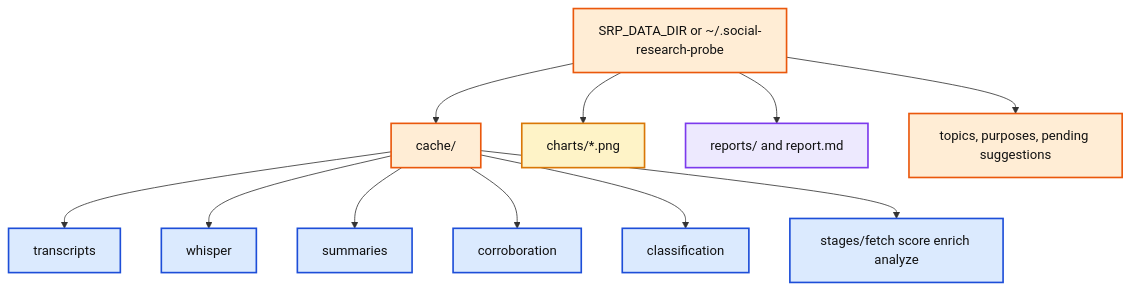
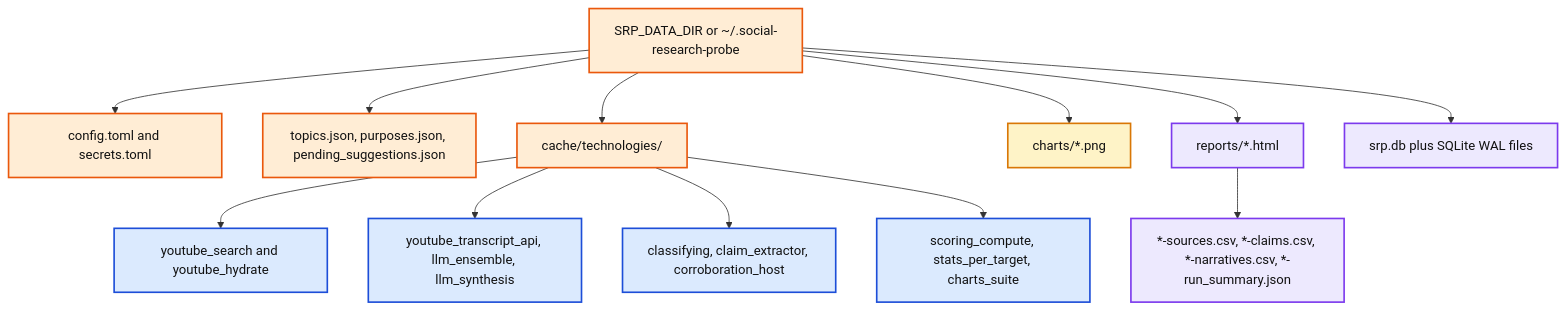
Before and after one commit to reshinto/social-research-probe: the diagram in docs/diagrams/src/cache-layout.mmd, drawn with Mermaid. The commit also changed 49 other files, not shown here.

```diff
--- a/docs/diagrams/src/cache-layout.mmd
+++ b/docs/diagrams/src/cache-layout.mmd
@@ -1,24 +1,25 @@
 %%{init: {"theme":"base","themeVariables":{"background":"#ffffff","mainBkg":"#ffffff","primaryTextColor":"#111111","lineColor":"#333333","fontFamily":"Arial, sans-serif","clusterBkg":"#ffffff","clusterBorder":"#d0d7de"}}}%%
 flowchart TB
-  DataDir["SRP_DATA_DIR or ~/.social-research-probe"] --> Cache["cache/"]
-  Cache --> Transcripts["transcripts"]
-  Cache --> Whisper["whisper"]
-  Cache --> Summaries["summaries"]
-  Cache --> Corroboration["corroboration"]
-  Cache --> Classification["classification"]
-  Cache --> Stages["stages/fetch score enrich analyze"]
+  DataDir["SRP_DATA_DIR or ~/.social-research-probe"] --> Config["config.toml and secrets.toml"]
+  DataDir --> State["topics.json, purposes.json, pending_suggestions.json"]
+  DataDir --> Cache["cache/technologies/"]
+  Cache --> Fetch["youtube_search and youtube_hydrate"]
+  Cache --> Text["youtube_transcript_api, llm_ensemble, llm_synthesis"]
+  Cache --> Evidence["classifying, claim_extractor, corroboration_host"]
+  Cache --> Analysis["scoring_compute, stats_per_target, charts_suite"]
   DataDir --> Charts["charts/*.png"]
-  DataDir --> Reports["reports/ and report.md"]
-  DataDir --> State["topics, purposes, pending suggestions"]
+  DataDir --> Reports["reports/*.html"]
+  Reports --> Exports["*-sources.csv, *-claims.csv, *-narratives.csv, *-run_summary.json"]
+  DataDir --> DB["srp.db plus SQLite WAL files"]
 
   classDef input fill:#dcfce7,stroke:#15803d,color:#111111,stroke-width:2px;
   classDef process fill:#dbeafe,stroke:#1d4ed8,color:#111111,stroke-width:2px;
   classDef analysis fill:#fef3c7,stroke:#d97706,color:#111111,stroke-width:2px;
   classDef external fill:#ccfbf1,stroke:#0f766e,color:#111111,stroke-width:2px;
   classDef output fill:#ede9fe,stroke:#7c3aed,color:#111111,stroke-width:2px;
   classDef config fill:#ffedd5,stroke:#ea580c,color:#111111,stroke-width:2px;
   classDef risk fill:#fee2e2,stroke:#dc2626,color:#111111,stroke-width:2px;
-  class DataDir,Cache,State config;
-  class Transcripts,Whisper,Summaries,Corroboration,Classification,Stages process;
+  class DataDir,Config,Cache,State config;
+  class Fetch,Text,Evidence,Analysis process;
   class Charts analysis;
-  class Reports output;
+  class Reports,Exports,DB output;
```
